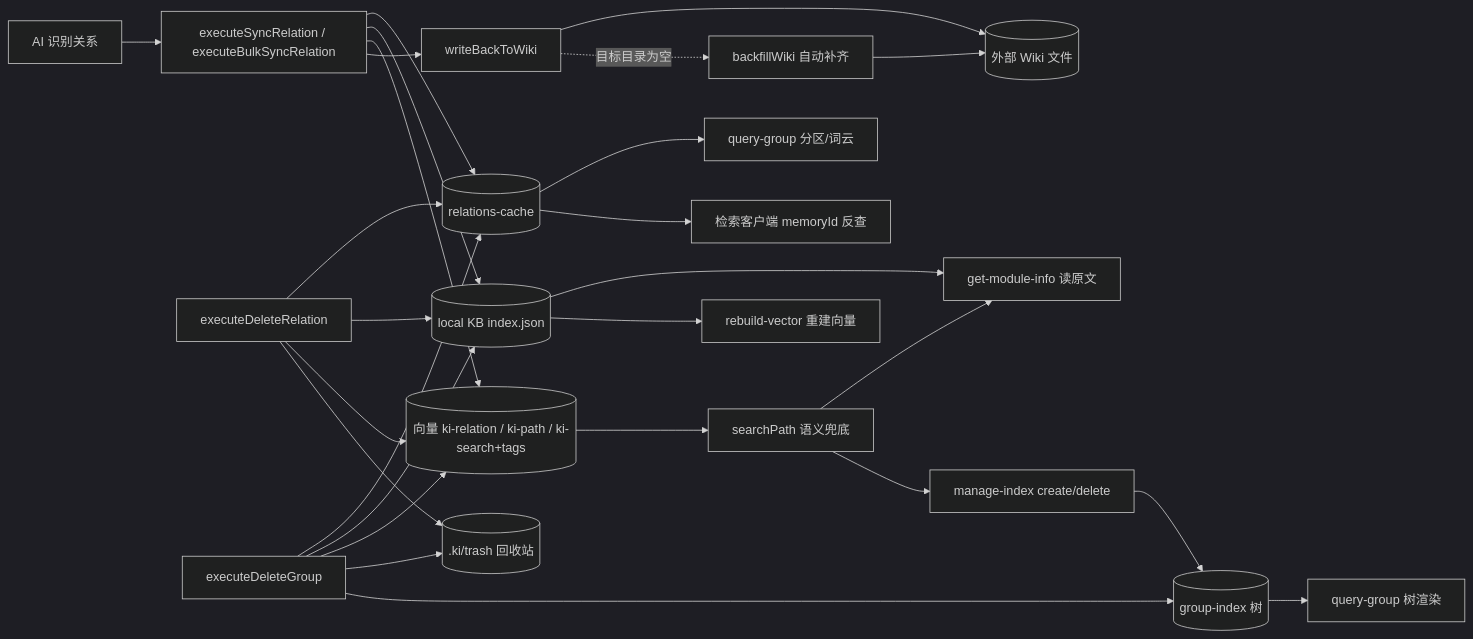
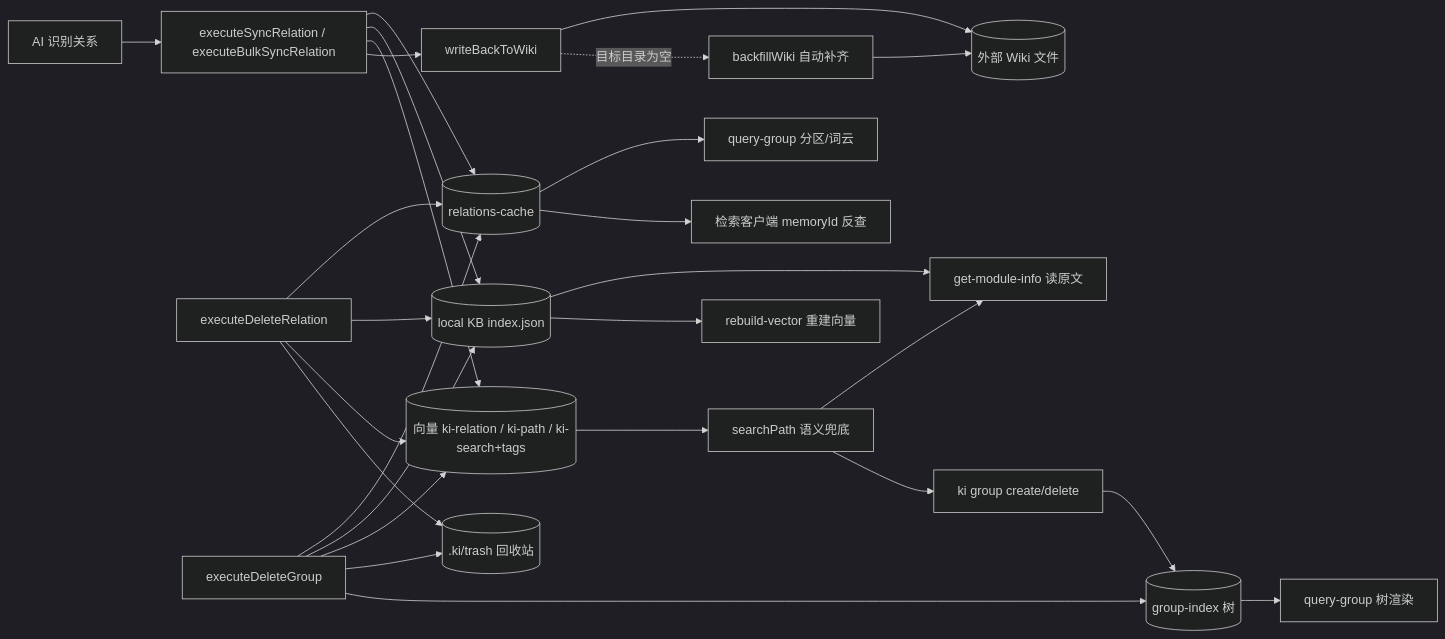
One commit to HACK-WU/CodeWikiHub changed the diagram in kisearch/module-experts/关系与索引管理专家/C4-数据流向与消费.md. Above: the diagram before and after it, drawn with Mermaid (dark theme). The commit also changed other lines of this file and 185 other files, not shown here.

````diff
--- a/kisearch/module-experts/关系与索引管理专家/C4-数据流向与消费.md
+++ b/kisearch/module-experts/关系与索引管理专家/C4-数据流向与消费.md
@@ -63,29 +66,29 @@
 ```mermaid
 flowchart LR
     A[AI 识别关系] --> B[executeSyncRelation / executeBulkSyncRelation]
     B --> C[(relations-cache)]
     B --> D[(local KB index.json)]
     B --> E[(向量 ki-relation / ki-path / ki-search+tags)]
     B --> F[writeBackToWiki]
     F --> G[(外部 Wiki 文件)]
     F -.目标目录为空.-> BF[backfillWiki 自动补齐]
     BF --> G
     C --> H[query-group 分区/词云]
     C --> I[检索客户端 memoryId 反查]
     D --> J[get-module-info 读原文]
     D --> K[rebuild-vector 重建向量]
     E --> L[searchPath 语义兜底]
     L --> J
     L --> M[resolveGroupPath 路径补全]
-    M[manage-index create/delete] --> N[(group-index 树)]
+    M[ki group create/delete] --> N[(group-index 树)]
     N --> M2[query-group 树渲染]
     P[executeDeleteRelation] --> C
     P --> D
     P --> E
     P --> T[(.ki/trash 回收站)]
     Q[executeDeleteGroup] --> C
     Q --> D
     Q --> E
     Q --> T
     Q --> N
 ```
````
